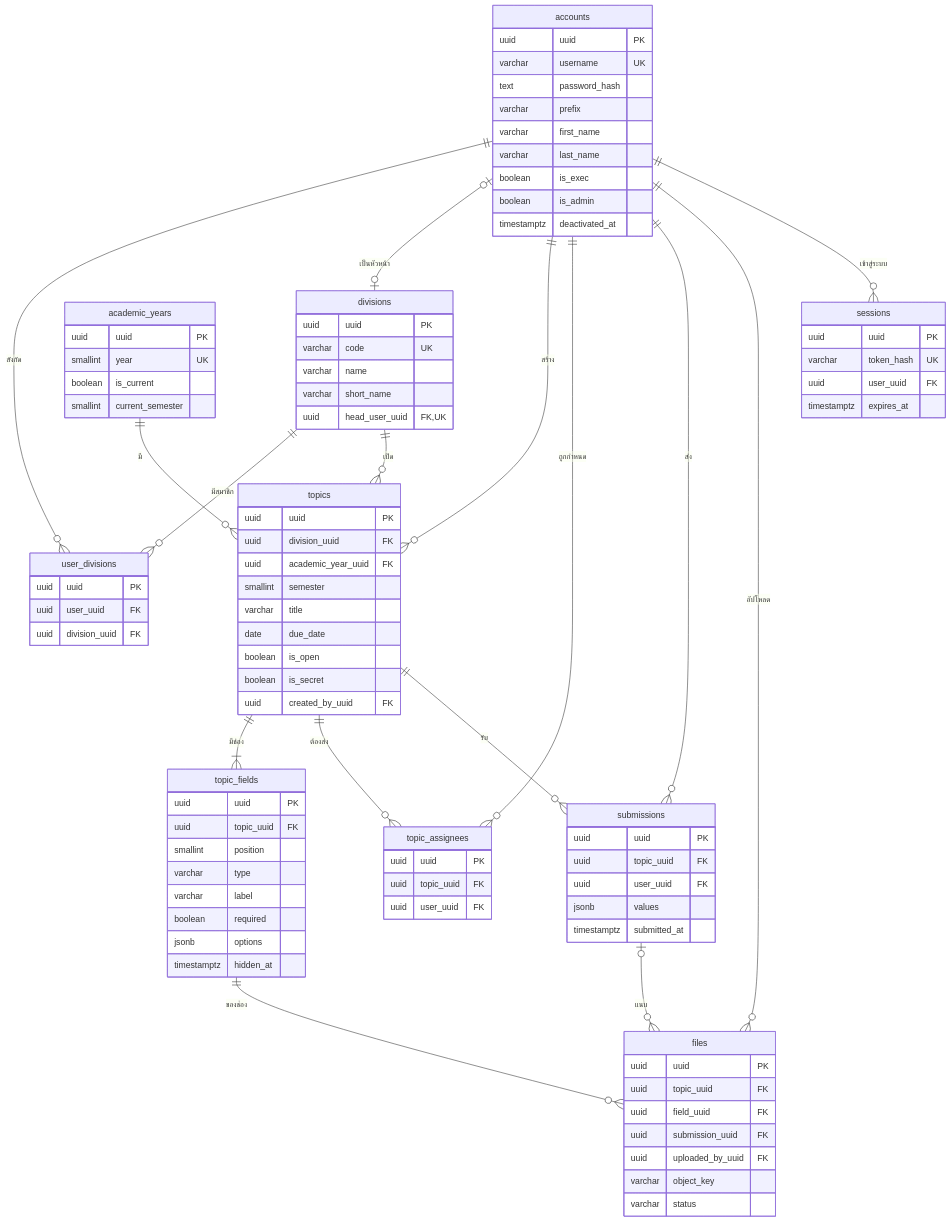
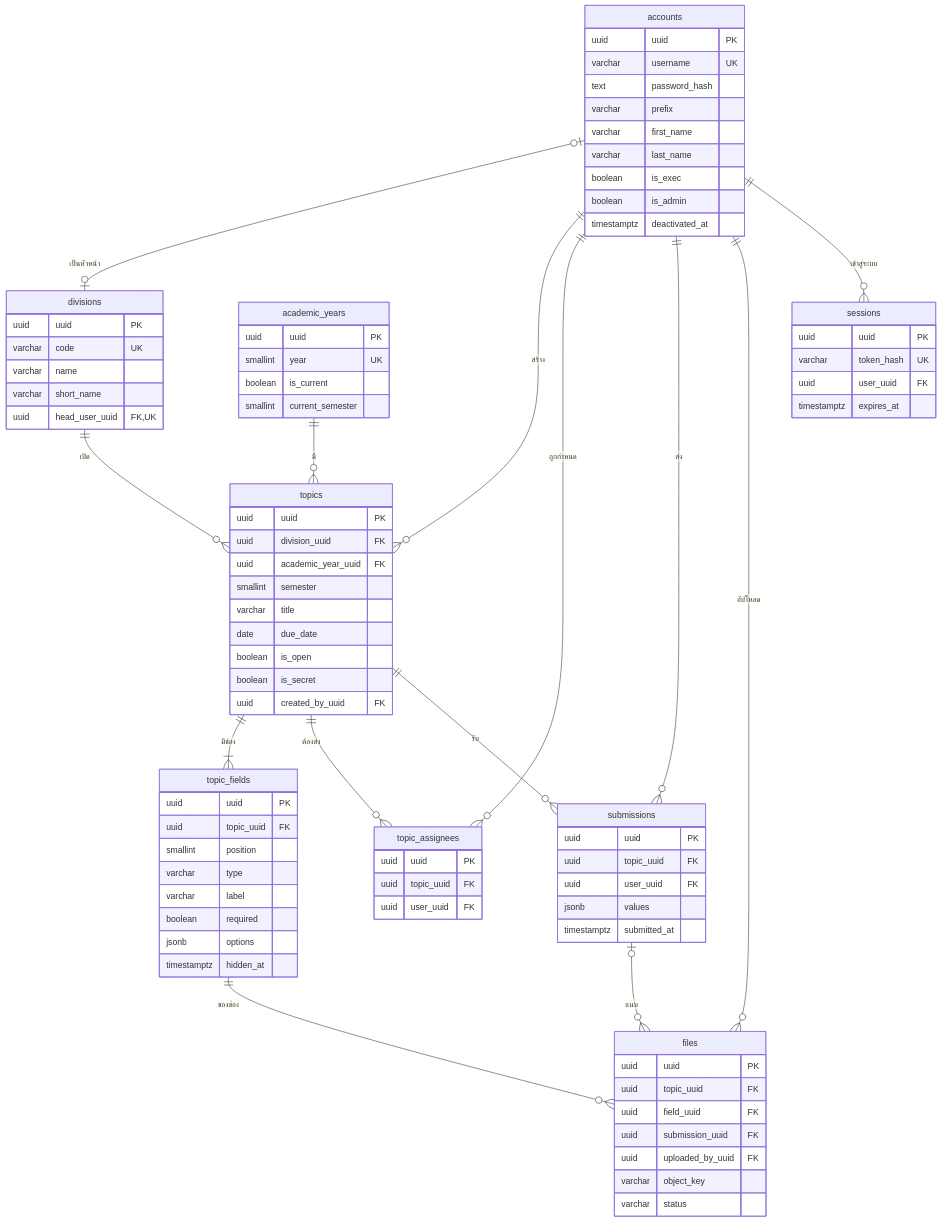
The diagram in sdms-database.md (FhLk/SDMS-Backend), drawn with Mermaid before and after one commit. The commit also changed other lines of this file and 27 other files, not shown here.

Commit message:
feat(accounts)!: make division membership universal

````diff
--- a/sdms-database.md
+++ b/sdms-database.md
@@ -31,7 +31,5 @@
 ```mermaid
 erDiagram
-  accounts ||--o{ user_divisions : "สังกัด"
-  divisions ||--o{ user_divisions : "มีสมาชิก"
   accounts |o--o| divisions : "เป็นหัวหน้า"
   academic_years ||--o{ topics : "มี"
   divisions ||--o{ topics : "เปิด"
@@ -68,11 +66,6 @@
     varchar name
     varchar short_name
     uuid head_user_uuid FK,UK
-  }
-  user_divisions {
-    uuid uuid PK
-    uuid user_uuid FK
-    uuid division_uuid FK
   }
   academic_years {
     uuid uuid PK
````
